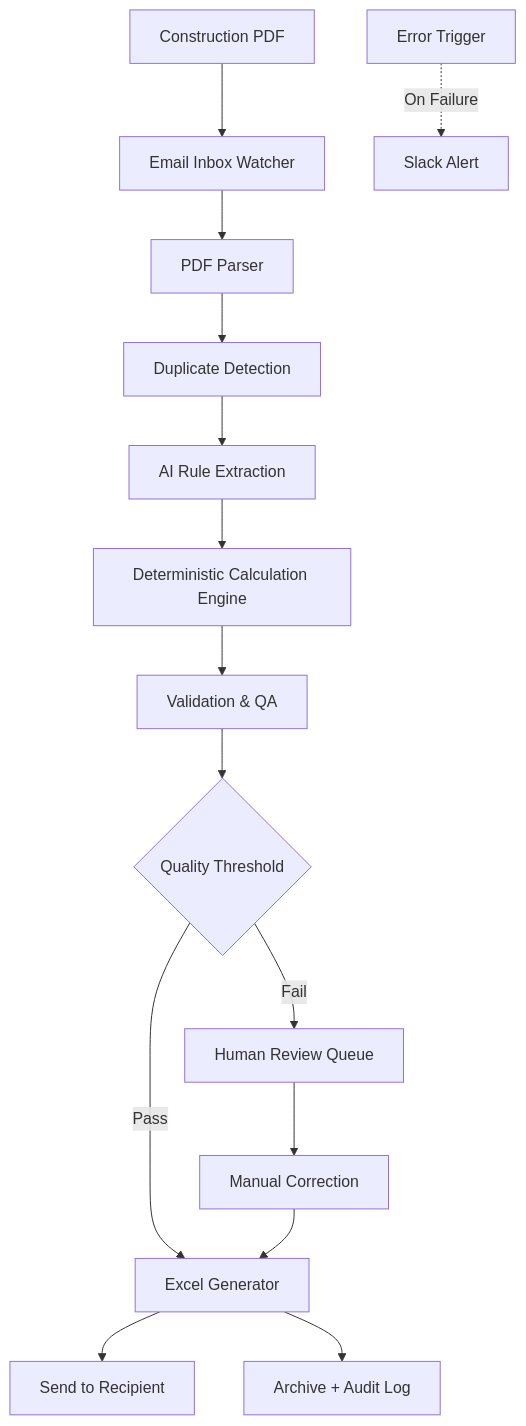
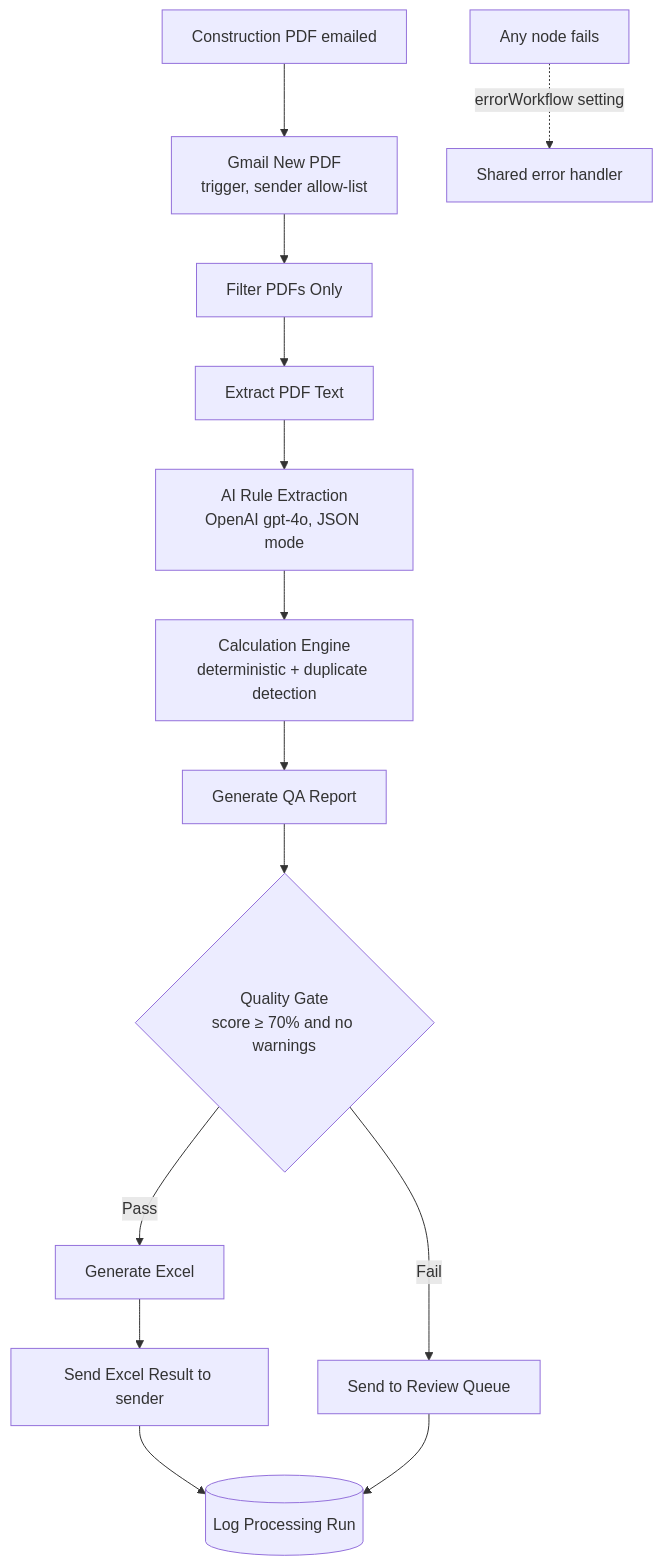
Before and after one commit to khaledabdelaziz1330-dot/Khaled-AI-Automation-Portfolio: the first of 3 diagrams in document-automation-system/architecture.md, drawn with Mermaid. The commit also changed other lines of this file and 50 other files, not shown here.

First line of the commit message:
Align portfolio docs with workflow exports; add shared error handler

````diff
--- a/document-automation-system/architecture.md
+++ b/document-automation-system/architecture.md
@@ -9,18 +9,17 @@
 ```mermaid
 flowchart TD
-    A[Construction PDF] --> B[Email Inbox Watcher]
-    B --> C[PDF Parser]
-    C --> D[Duplicate Detection]
-    D --> E[AI Rule Extraction]
-    E --> F[Deterministic Calculation Engine]
-    F --> G[Validation & QA]
-    G --> H{Quality Threshold}
-    H -->|Pass| I[Excel Generator]
-    H -->|Fail| J[Human Review Queue]
-    J --> K[Manual Correction]
-    K --> I
-    I --> L[Send to Recipient]
-    I --> M[Archive + Audit Log]
-    
-    N[Error Trigger] -.->|On Failure| O[Slack Alert]
+    A[Construction PDF emailed] --> B["Gmail New PDF<br/>trigger, sender allow-list"]
+    B --> C[Filter PDFs Only]
+    C --> D[Extract PDF Text]
+    D --> E["AI Rule Extraction<br/>OpenAI gpt-4o, JSON mode"]
+    E --> F["Calculation Engine<br/>deterministic + duplicate detection"]
+    F --> G[Generate QA Report]
+    G --> H{"Quality Gate<br/>score ≥ 70% and no warnings"}
+    H -->|Pass| I[Generate Excel]
+    I --> J[Send Excel Result to sender]
+    H -->|Fail| K[Send to Review Queue]
+    J --> L[(Log Processing Run)]
+    K --> L
+
+    X[Any node fails] -.->|errorWorkflow setting| Y[Shared error handler]
 ```
````
